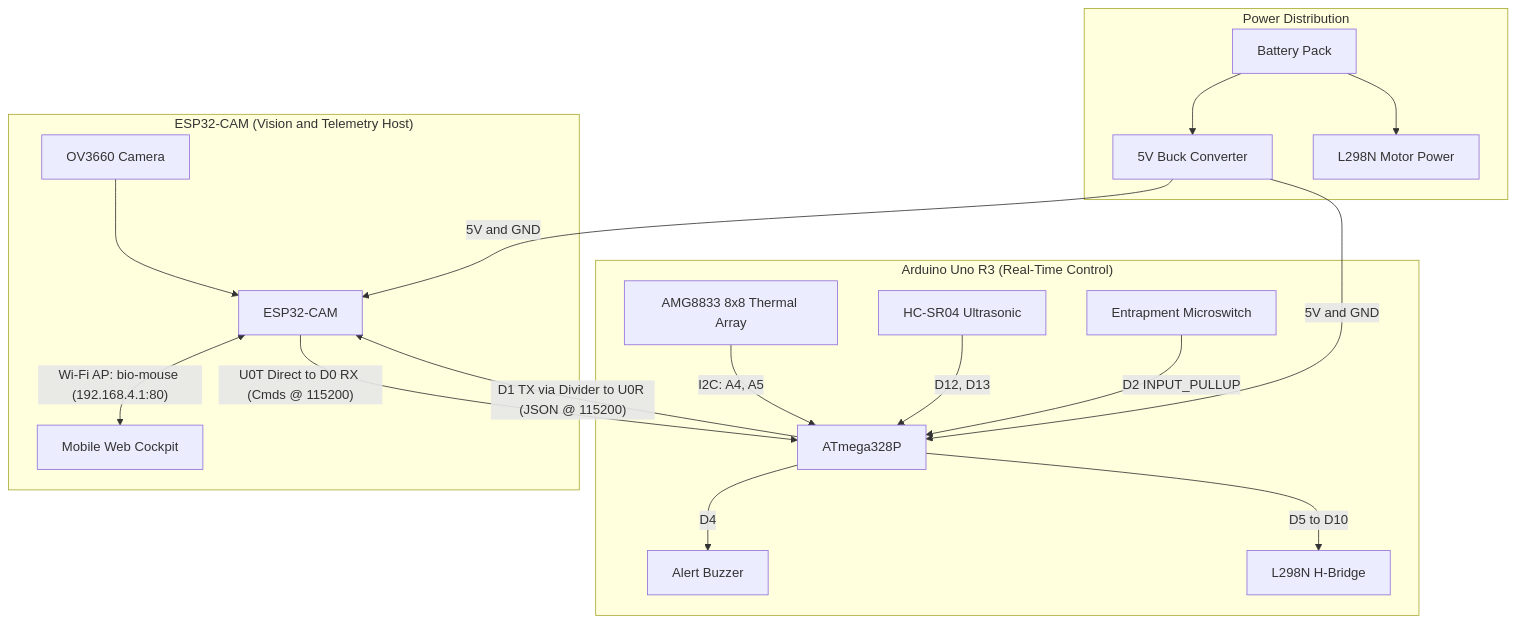
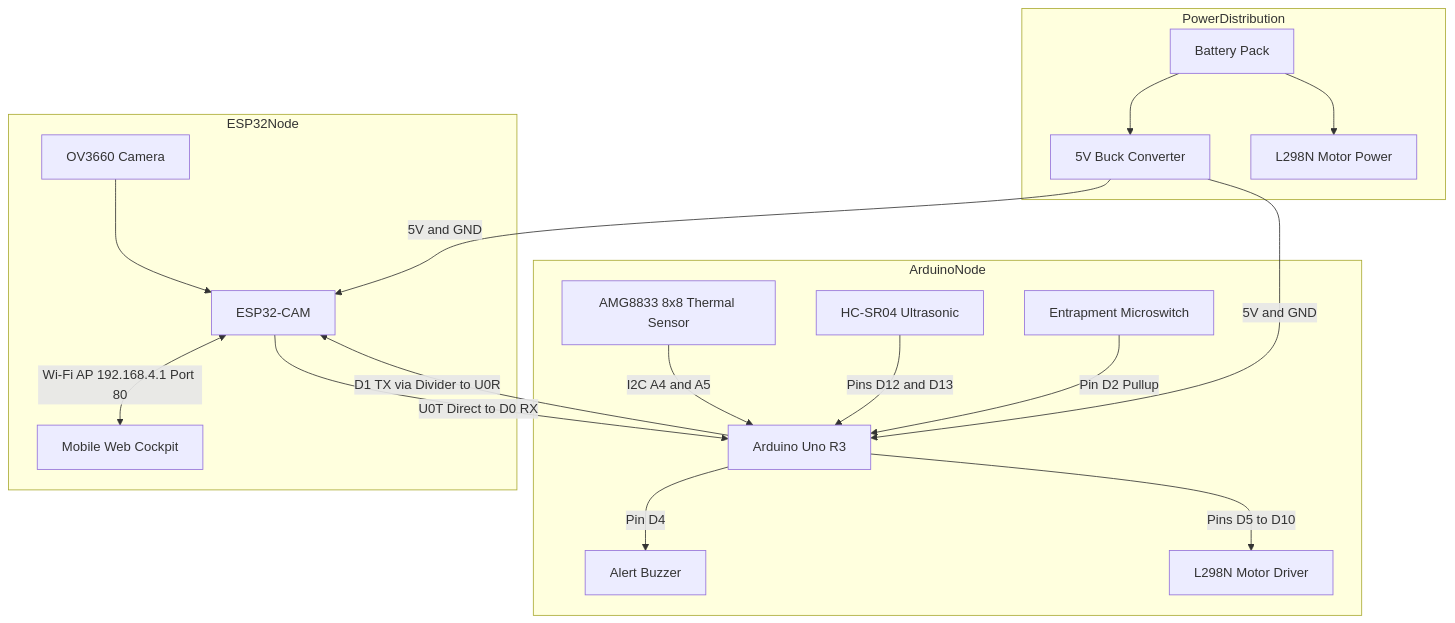
The diagram in README.md (Kazuh1rosh1/BioMouse), drawn with Mermaid before and after one commit. The commit also changed other lines of this file, not shown here.

First line of the commit message:
Revise README.md with updated diagrams and instructions

````diff
--- a/README.md
+++ b/README.md
@@ -27,26 +27,26 @@
 ```mermaid
-graph TD
-    subgraph Power_Supply ["Power Distribution"]
-        BAT["Battery Pack"] --> BUCK["5V Buck Converter"]
-        BAT --> L298N_PWR["L298N Motor Power"]
+flowchart TD
+    subgraph PowerDistribution
+        BAT[Battery Pack] --> BUCK[5V Buck Converter]
+        BAT --> L298N_PWR[L298N Motor Power]
     end
 
-    subgraph ESP32_Node ["ESP32-CAM (Vision and Telemetry Host)"]
-        CAM["OV3660 Camera"] --> ESP["ESP32-CAM"]
-        ESP <-->|"Wi-Fi AP: bio-mouse (192.168.4.1:80)"| UI["Mobile Web Cockpit"]
+    subgraph ESP32Node
+        CAM[OV3660 Camera] --> ESP[ESP32-CAM]
+        ESP <-->|Wi-Fi AP 192.168.4.1 Port 80| UI[Mobile Web Cockpit]
     end
 
-    subgraph Arduino_Node ["Arduino Uno R3 (Real-Time Control)"]
-        UNO["ATmega328P"]
-        AMG["AMG8833 8x8 Thermal Array"] -->|"I2C: A4, A5"| UNO
-        SONAR["HC-SR04 Ultrasonic"] -->|"D12, D13"| UNO
-        SW["Entrapment Microswitch"] -->|"D2 INPUT_PULLUP"| UNO
-        UNO -->|"D4"| BUZ["Alert Buzzer"]
-        UNO -->|"D5 to D10"| L298N["L298N H-Bridge"]
+    subgraph ArduinoNode
+        UNO[Arduino Uno R3]
+        AMG[AMG8833 8x8 Thermal Sensor] -->|I2C A4 and A5| UNO
+        SONAR[HC-SR04 Ultrasonic] -->|Pins D12 and D13| UNO
+        SW[Entrapment Microswitch] -->|Pin D2 Pullup| UNO
+        UNO -->|Pin D4| BUZ[Alert Buzzer]
+        UNO -->|Pins D5 to D10| L298N[L298N Motor Driver]
     end
 
-    BUCK -->|"5V and GND"| ESP
-    BUCK -->|"5V and GND"| UNO
-    UNO -->|"D1 TX via Divider to U0R (JSON @ 115200)"| ESP
-    ESP -->|"U0T Direct to D0 RX (Cmds @ 115200)"| UNO
+    BUCK -->|5V and GND| ESP
+    BUCK -->|5V and GND| UNO
+    UNO -->|D1 TX via Divider to U0R| ESP
+    ESP -->|U0T Direct to D0 RX| UNO
 ```
````
